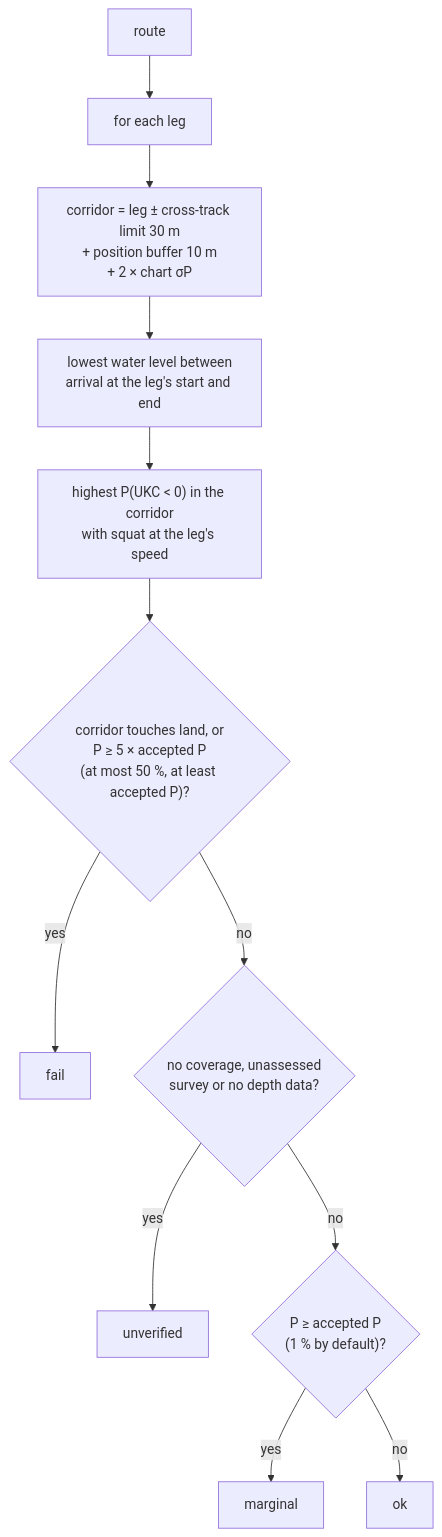
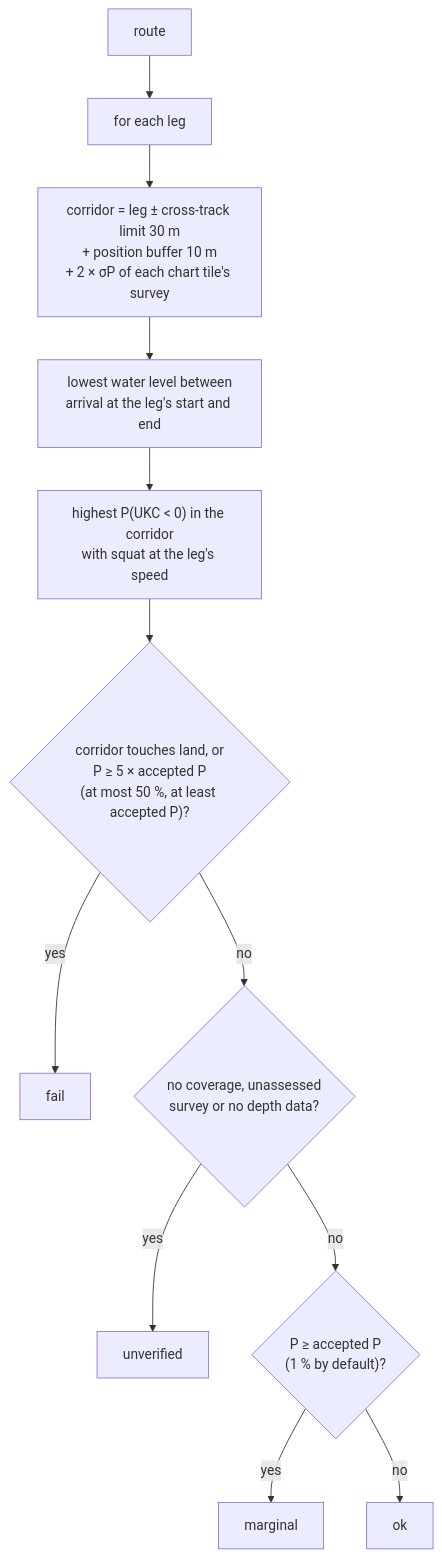
One commit to KEGustafsson/signalk-underkeel changed the fifth of 6 diagrams in docs/HOW-IT-WORKS.md. Above: the diagram before and after it, drawn with Mermaid. The commit also changed other lines of this file and 16 other files, not shown here.

First line of the commit message:
fix(lookahead): count each tile within k_p·σP of its own survey

````diff
--- a/docs/HOW-IT-WORKS.md
+++ b/docs/HOW-IT-WORKS.md
@@ -540,14 +543,14 @@
 ```mermaid
 flowchart TD
   R[route] --> L[for each leg]
-  L --> C[corridor = leg ± cross-track limit 30 m<br/>+ position buffer 10 m<br/>+ 2 × chart σP]
+  L --> C[corridor = leg ± cross-track limit 30 m<br/>+ position buffer 10 m<br/>+ 2 × σP of each chart tile's survey]
   C --> W[lowest water level between<br/>arrival at the leg's start and end]
   W --> Q["highest P(UKC &lt; 0) in the corridor<br/>with squat at the leg's speed"]
   Q --> F{"corridor touches land, or<br/>P ≥ 5 × accepted P<br/>(at most 50 %, at least accepted P)?"}
   F -- yes --> FAIL[fail]
   F -- no --> U{"no coverage, unassessed<br/>survey or no depth data?"}
   U -- yes --> UNV[unverified]
   U -- no --> M{"P ≥ accepted P<br/>(1 % by default)?"}
   M -- yes --> MAR[marginal]
   M -- no --> OK[ok]
 ```
````
